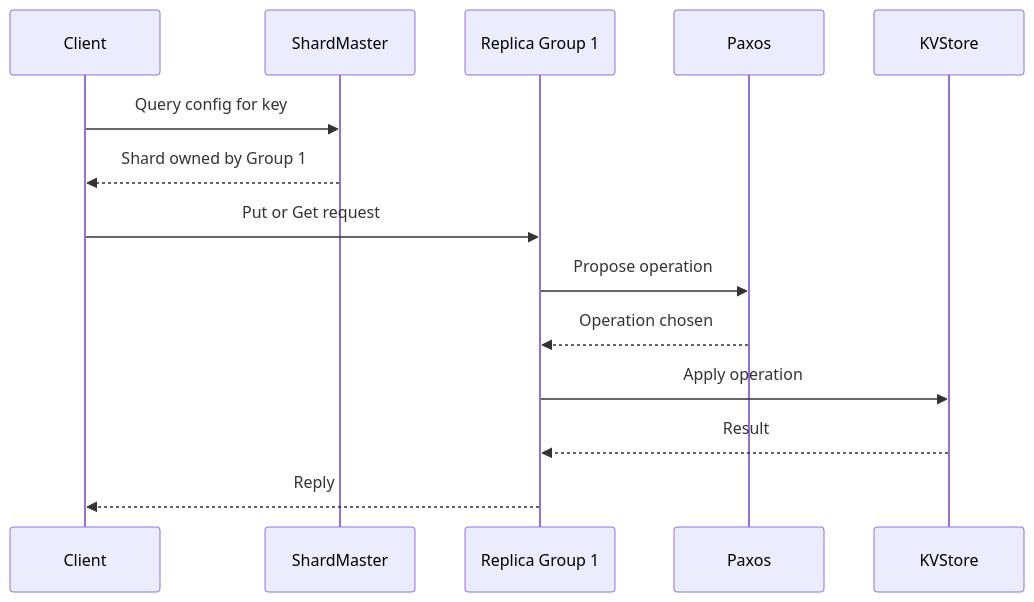
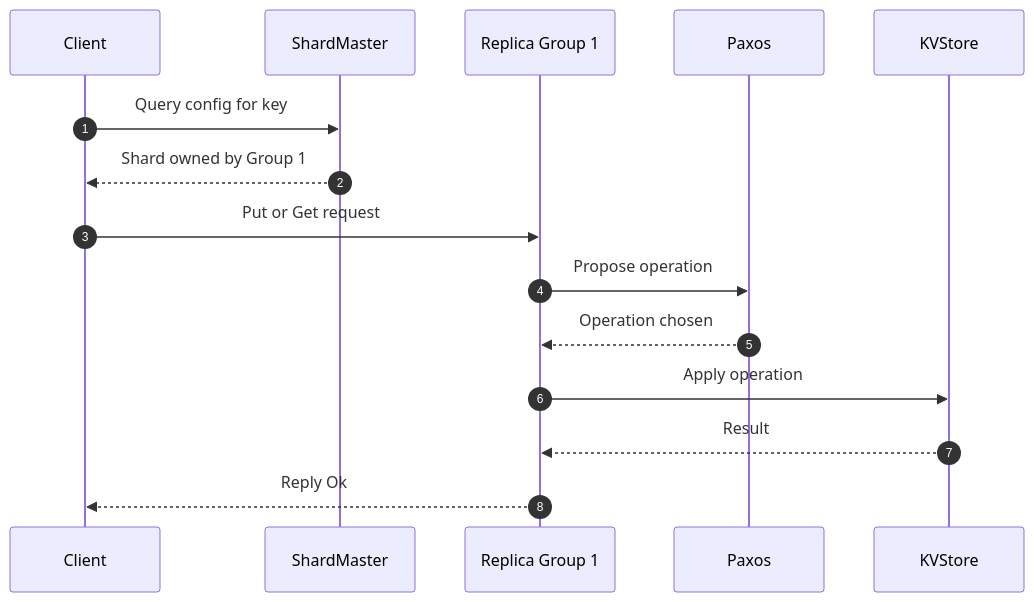
Before and after one commit to Robert-Livengood/sharded-paxos-kvstore: the diagram in Diagrams/SingleKeySequenceDiagram.md, drawn with Mermaid.

Commit message:
Trying to add autnumber back in

````diff
--- a/Diagrams/SingleKeySequenceDiagram.md
+++ b/Diagrams/SingleKeySequenceDiagram.md
@@ -3,17 +3,19 @@
 ```mermaid
 sequenceDiagram
     participant C as Client
     participant SM as ShardMaster
     participant G1 as Replica Group 1
     participant P as Paxos
     participant KV as KVStore
 
+    autonumber
+
     C->>SM: Query config for key
     SM-->>C: Shard owned by Group 1
     C->>G1: Put or Get request
     G1->>P: Propose operation
     P-->>G1: Operation chosen
     G1->>KV: Apply operation
     KV-->>G1: Result
-    G1-->>C: Reply
+    G1-->>C: Reply Ok
 ```
````
